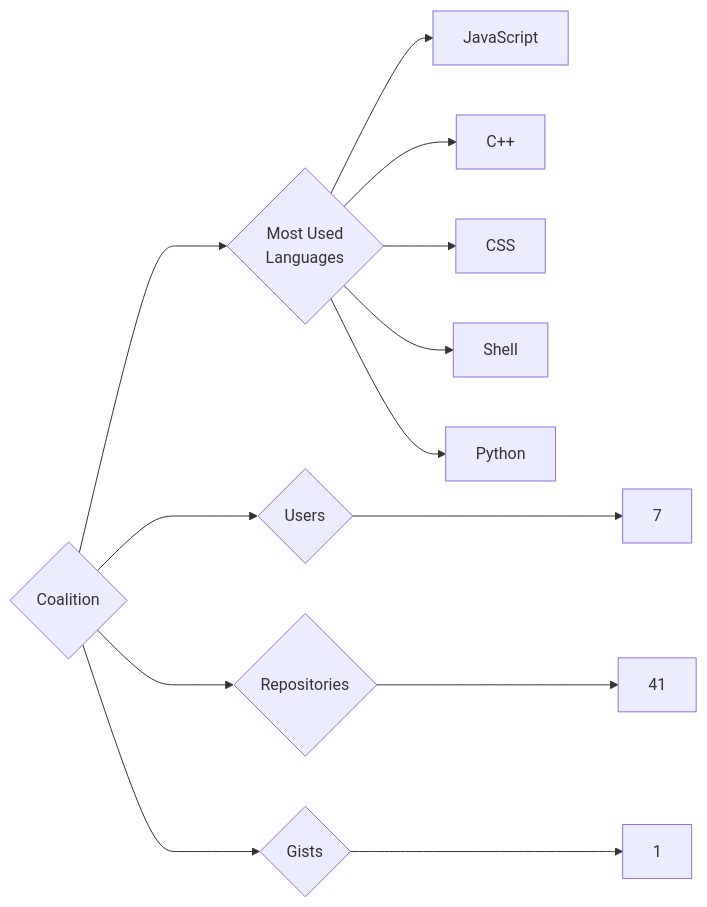
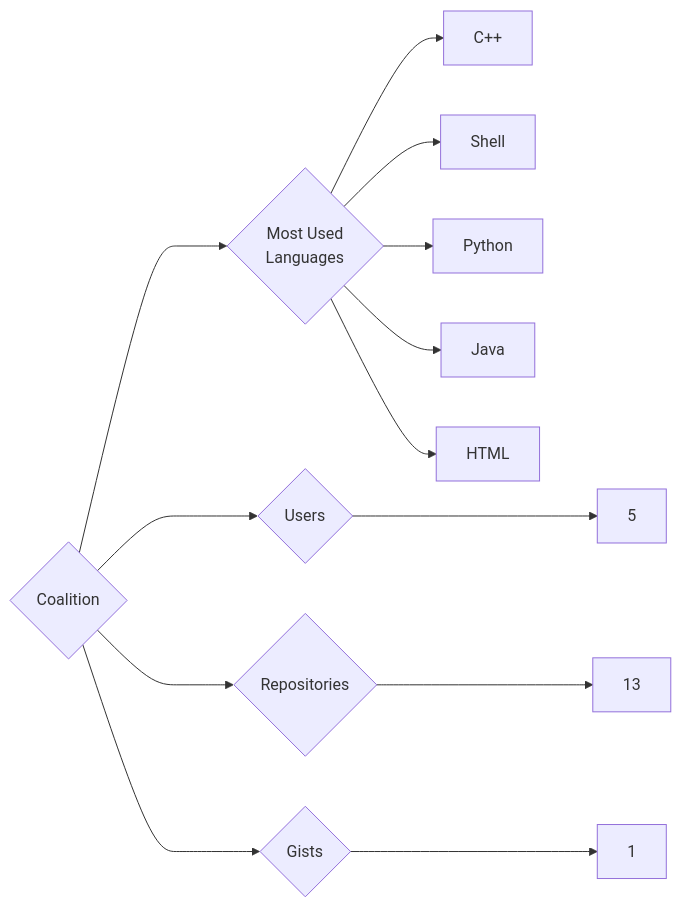
One commit to trickest/insiders changed the diagram in targets/Coalition/README.md. Above: the diagram before and after it, drawn with Mermaid. The commit also changed 873 other files, not shown here.

````diff
--- a/targets/Coalition/README.md
+++ b/targets/Coalition/README.md
@@ -3,13 +3,13 @@
 ```mermaid
 graph LR
 COMPANY_NAME{Coalition}
-COMPANY_NAME ---> U{Users} ---> UN[7]
-COMPANY_NAME ---> R{Repositories} ---> RN[41]
+COMPANY_NAME ---> U{Users} ---> UN[5]
+COMPANY_NAME ---> R{Repositories} ---> RN[13]
 COMPANY_NAME ---> G{Gists} ---> GN[1]
 COMPANY_NAME ---> ML{Most Used<br>Languages}
-ML --> JavaScript[JavaScript]
 ML --> C++[C++]
-ML --> CSS[CSS]
 ML --> Shell[Shell]
 ML --> Python[Python]
+ML --> Java[Java]
+ML --> HTML[HTML]
 ```
````
